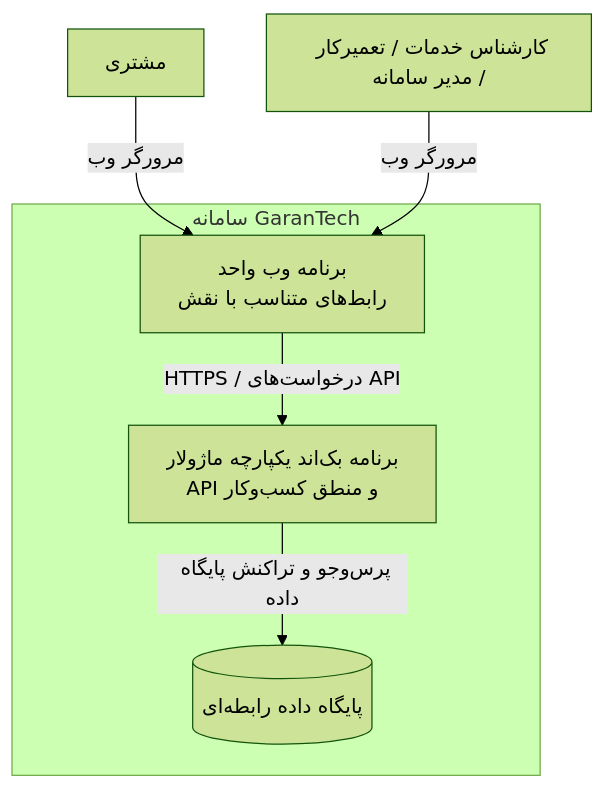
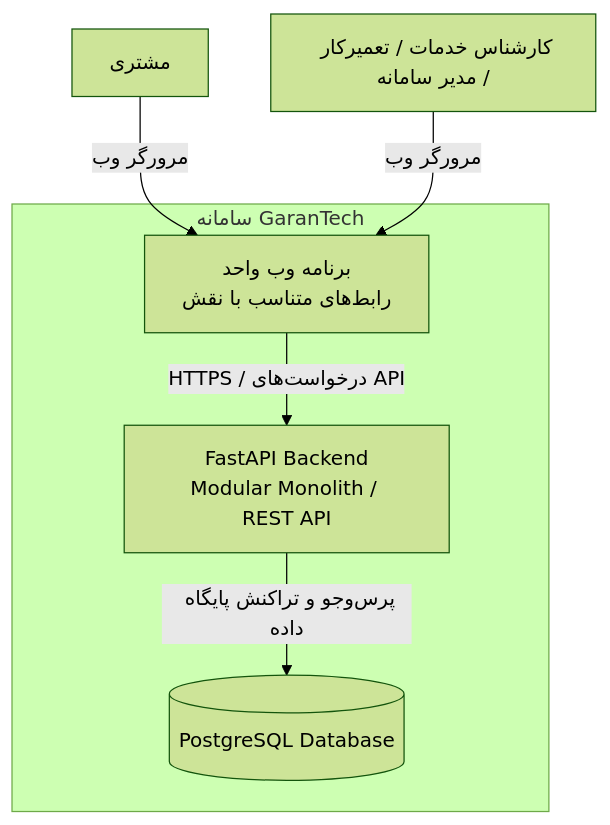
Before and after one commit to ARKN11/GaranTech: the diagram in docs/design/architecture/container-diagram.md, drawn with Mermaid (forest theme). The commit also changed other lines of this file, not shown here.

Commit message:
docs: specify FastAPI and PostgreSQL containers

````diff
--- a/docs/design/architecture/container-diagram.md
+++ b/docs/design/architecture/container-diagram.md
@@ -40,17 +40,17 @@
 ```mermaid
 flowchart TB
     Customer["مشتری"]
     Staff["کارشناس خدمات / تعمیرکار / مدیر سامانه"]
 
     subgraph G["سامانه GaranTech"]
         Web["برنامه وب واحد<br/>رابط‌های متناسب با نقش"]
-        Backend["برنامه بک‌اند یکپارچه ماژولار<br/>API و منطق کسب‌وکار"]
-        DB[("پایگاه داده رابطه‌ای")]
+        Backend["FastAPI Backend<br/>Modular Monolith / REST API"]
+        DB[("PostgreSQL Database")]
 
         Web -->|"HTTPS / درخواست‌های API"| Backend
         Backend -->|"پرس‌وجو و تراکنش پایگاه داده"| DB
     end
 
     Customer -->|"مرورگر وب"| Web
     Staff -->|"مرورگر وب"| Web
 ```
````
